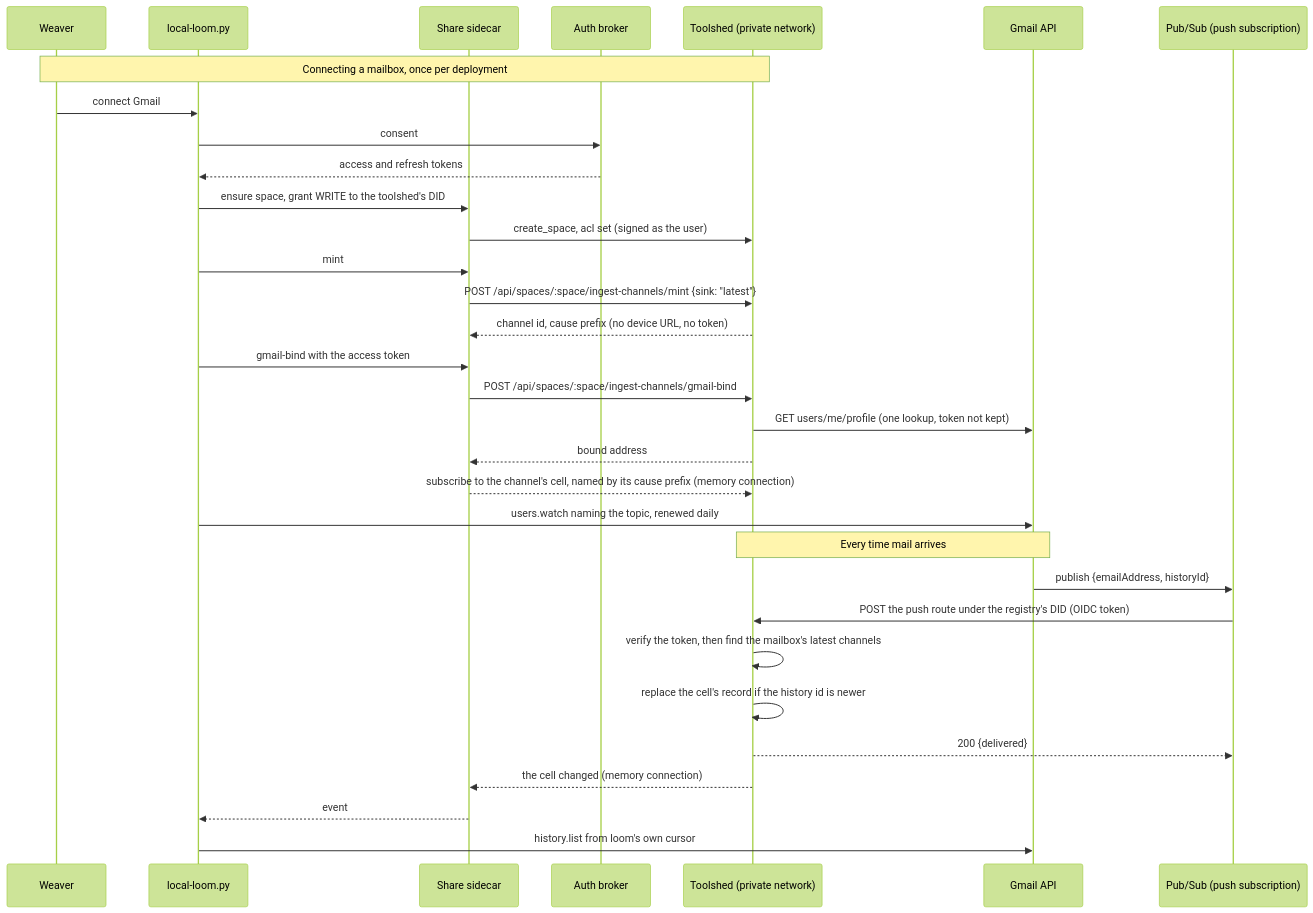
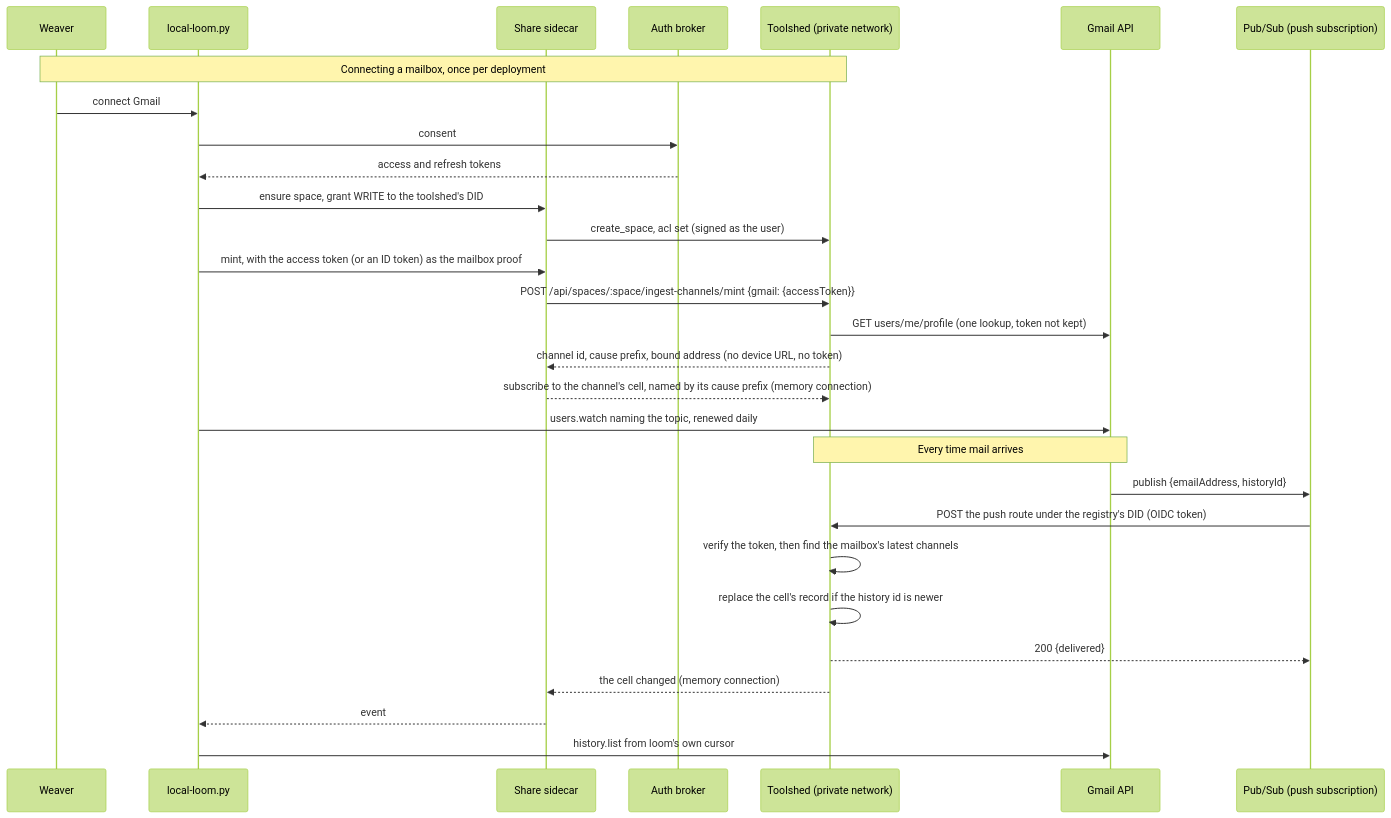
One commit to commonfabric/labs changed the fourth of 4 diagrams in docs/features/gmail-push-architecture.md. Above: the diagram before and after it, drawn with Mermaid (forest theme). The commit also changed other lines of this file and 23 other files, not shown here.

````diff
--- a/docs/features/gmail-push-architecture.md
+++ b/docs/features/gmail-push-architecture.md
@@ -171,36 +169,33 @@
 ```mermaid
 sequenceDiagram
     participant W as Weaver
     participant L as local-loom.py
     participant S as Share sidecar
     participant B as Auth broker
     participant T as Toolshed (private network)
     participant G as Gmail API
     participant P as Pub/Sub (push subscription)
 
     Note over W,T: Connecting a mailbox, once per deployment
     W->>L: connect Gmail
     L->>B: consent
     B-->>L: access and refresh tokens
     L->>S: ensure space, grant WRITE to the toolshed's DID
     S->>T: create_space, acl set (signed as the user)
-    L->>S: mint
-    S->>T: POST /api/spaces/:space/ingest-channels/mint {sink: "latest"}
-    T-->>S: channel id, cause prefix (no device URL, no token)
-    L->>S: gmail-bind with the access token
-    S->>T: POST /api/spaces/:space/ingest-channels/gmail-bind
+    L->>S: mint, with the access token (or an ID token) as the mailbox proof
+    S->>T: POST /api/spaces/:space/ingest-channels/mint {gmail: {accessToken}}
     T->>G: GET users/me/profile (one lookup, token not kept)
-    T-->>S: bound address
+    T-->>S: channel id, cause prefix, bound address (no device URL, no token)
     S-->>T: subscribe to the channel's cell, named by its cause prefix (memory connection)
     L->>G: users.watch naming the topic, renewed daily
 
     Note over G,T: Every time mail arrives
     G->>P: publish {emailAddress, historyId}
     P->>T: POST the push route under the registry's DID (OIDC token)
     T->>T: verify the token, then find the mailbox's latest channels
     T->>T: replace the cell's record if the history id is newer
     T-->>P: 200 {delivered}
     T-->>S: the cell changed (memory connection)
     S-->>L: event
     L->>G: history.list from loom's own cursor
 ```
````
